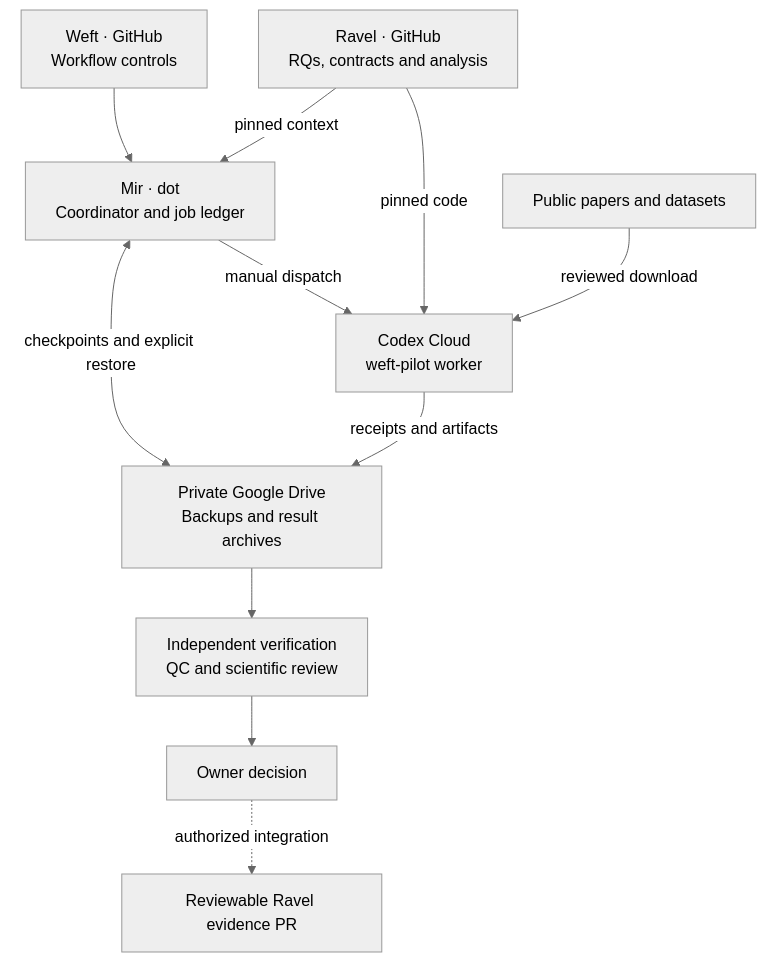
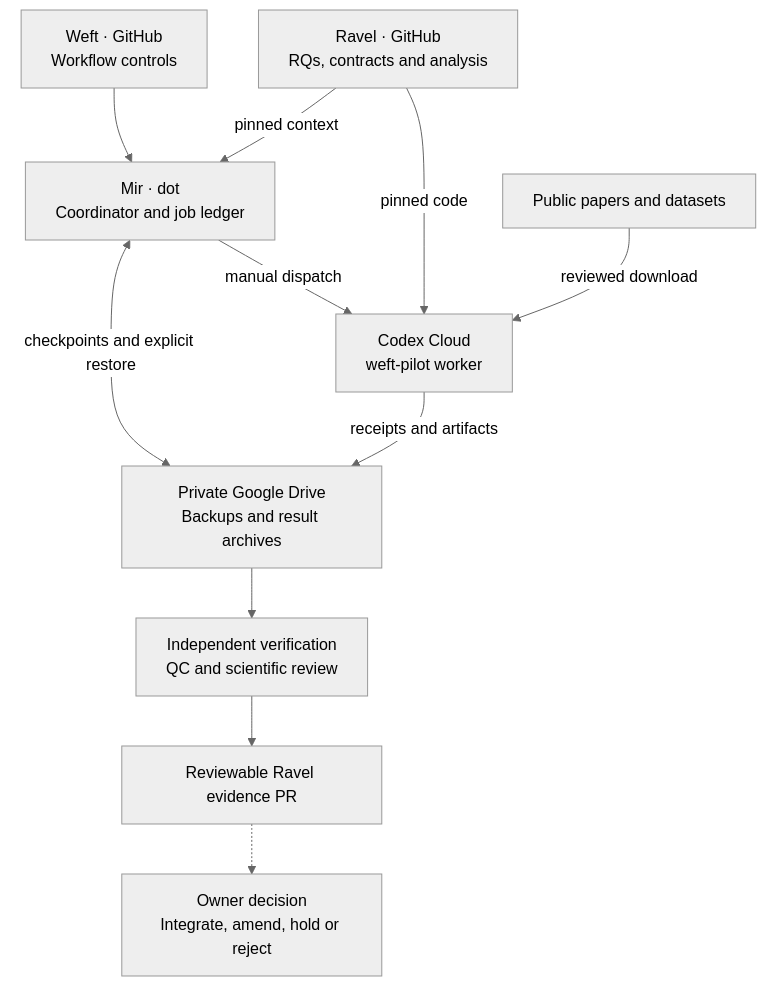
One commit to xorca0711/weft changed the second of 2 diagrams in README.md. Above: the diagram before and after it, drawn with Mermaid (neutral theme).

Commit message:
Place reviewable evidence before the owner integration decision

````diff
--- a/README.md
+++ b/README.md
@@ -66,13 +66,13 @@
 ```mermaid
 flowchart TD
     W["Weft · GitHub<br/>Workflow controls"] --> M["Mir · dot<br/>Coordinator and job ledger"]
     R["Ravel · GitHub<br/>RQs, contracts and analysis"] -->|pinned context| M
     M -->|manual dispatch| C["Codex Cloud<br/>weft-pilot worker"]
     R -->|pinned code| C
     P["Public papers and datasets"] -->|reviewed download| C
     M <-->|checkpoints and explicit restore| G["Private Google Drive<br/>Backups and result archives"]
     C -->|receipts and artifacts| G
     G --> V["Independent verification<br/>QC and scientific review"]
-    V --> H["Owner decision"]
-    H -.->|authorized integration| E["Reviewable Ravel evidence PR"]
+    V --> E["Reviewable Ravel evidence PR"]
+    E -.-> H["Owner decision<br/>Integrate, amend, hold or reject"]
 ```
````
